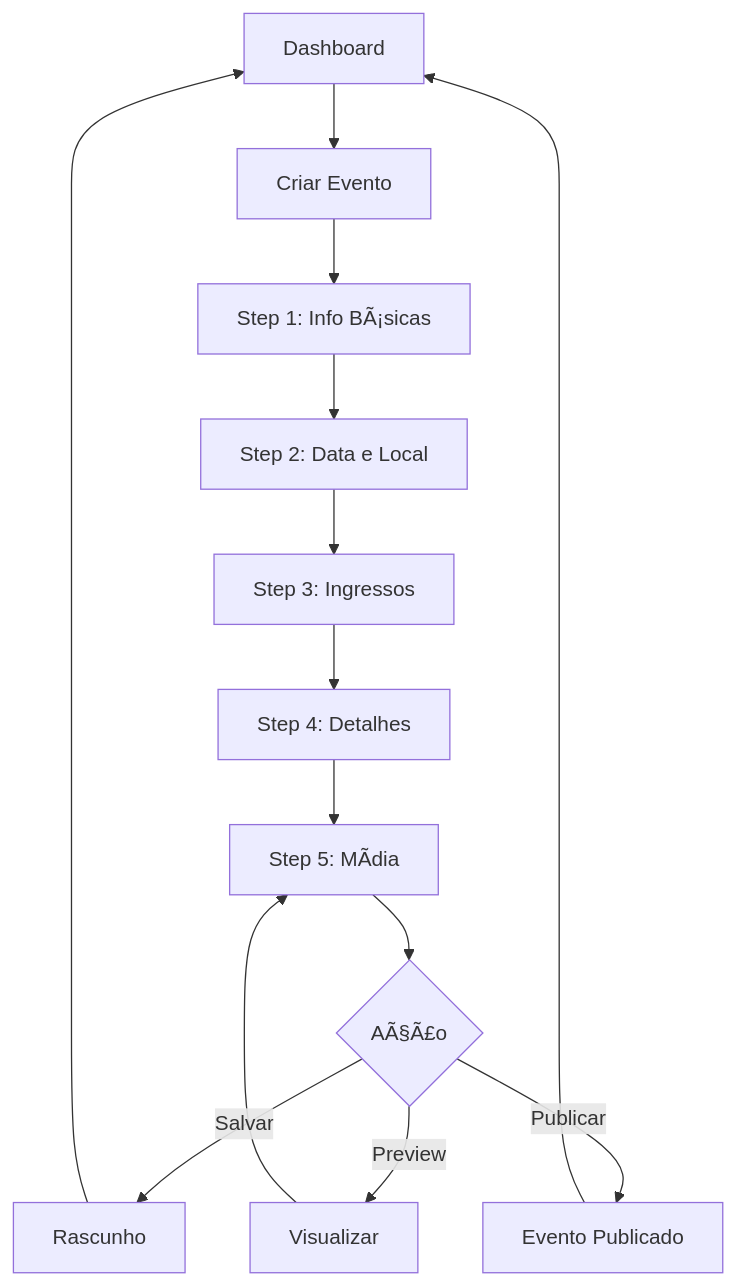
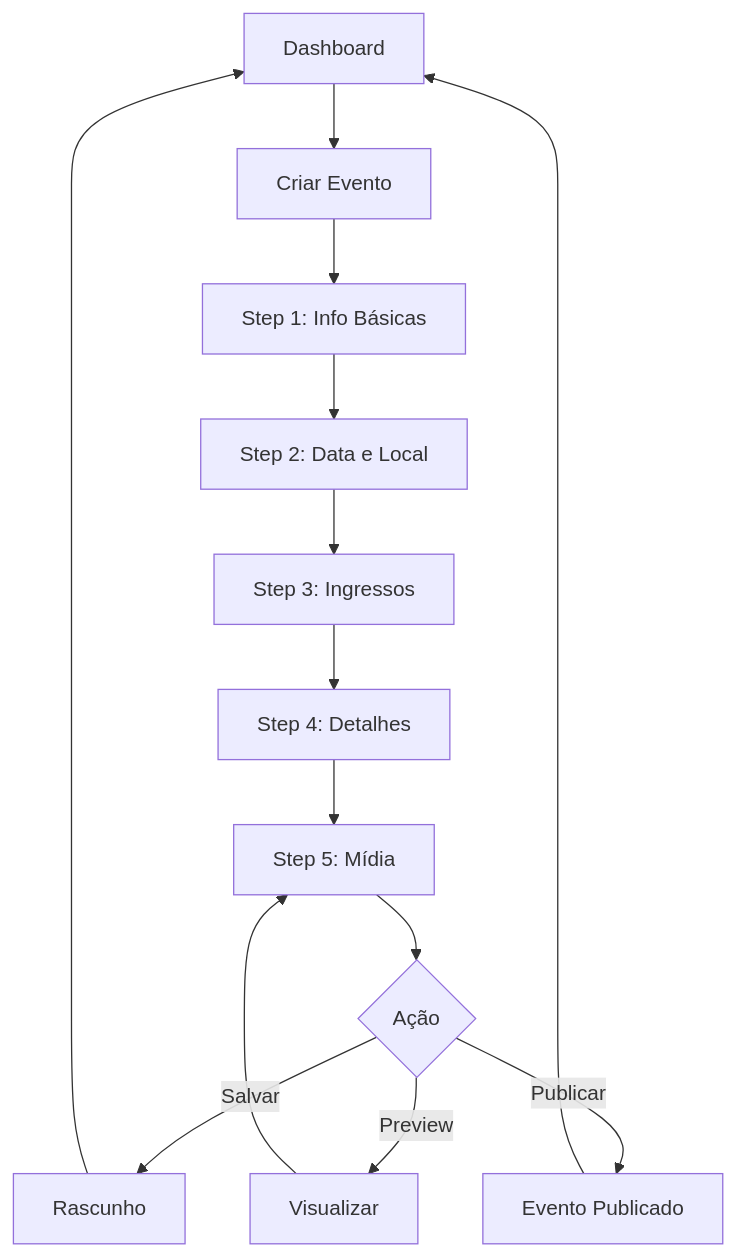
One commit to washingtonmsdj/acheguese changed the diagram in src/features/events/DASHBOARD_ORGANIZADOR.md. Above: the diagram before and after it, drawn with Mermaid. The commit also changed other lines of this file and 264 other files, not shown here.

````diff
--- a/src/features/events/DASHBOARD_ORGANIZADOR.md
+++ b/src/features/events/DASHBOARD_ORGANIZADOR.md
@@ -229,16 +229,16 @@
 ```mermaid
 graph TD
     A[Dashboard] --> B[Criar Evento]
-    B --> C[Step 1: Info BÃ¡sicas]
+    B --> C[Step 1: Info Básicas]
     C --> D[Step 2: Data e Local]
     D --> E[Step 3: Ingressos]
     E --> F[Step 4: Detalhes]
-    F --> G[Step 5: MÃ­dia]
-    G --> H{AÃ§Ã£o}
+    F --> G[Step 5: Mídia]
+    G --> H{Ação}
     H -->|Salvar| I[Rascunho]
     H -->|Publicar| J[Evento Publicado]
     H -->|Preview| K[Visualizar]
     I --> A
     J --> A
     K --> G
 ```
````
